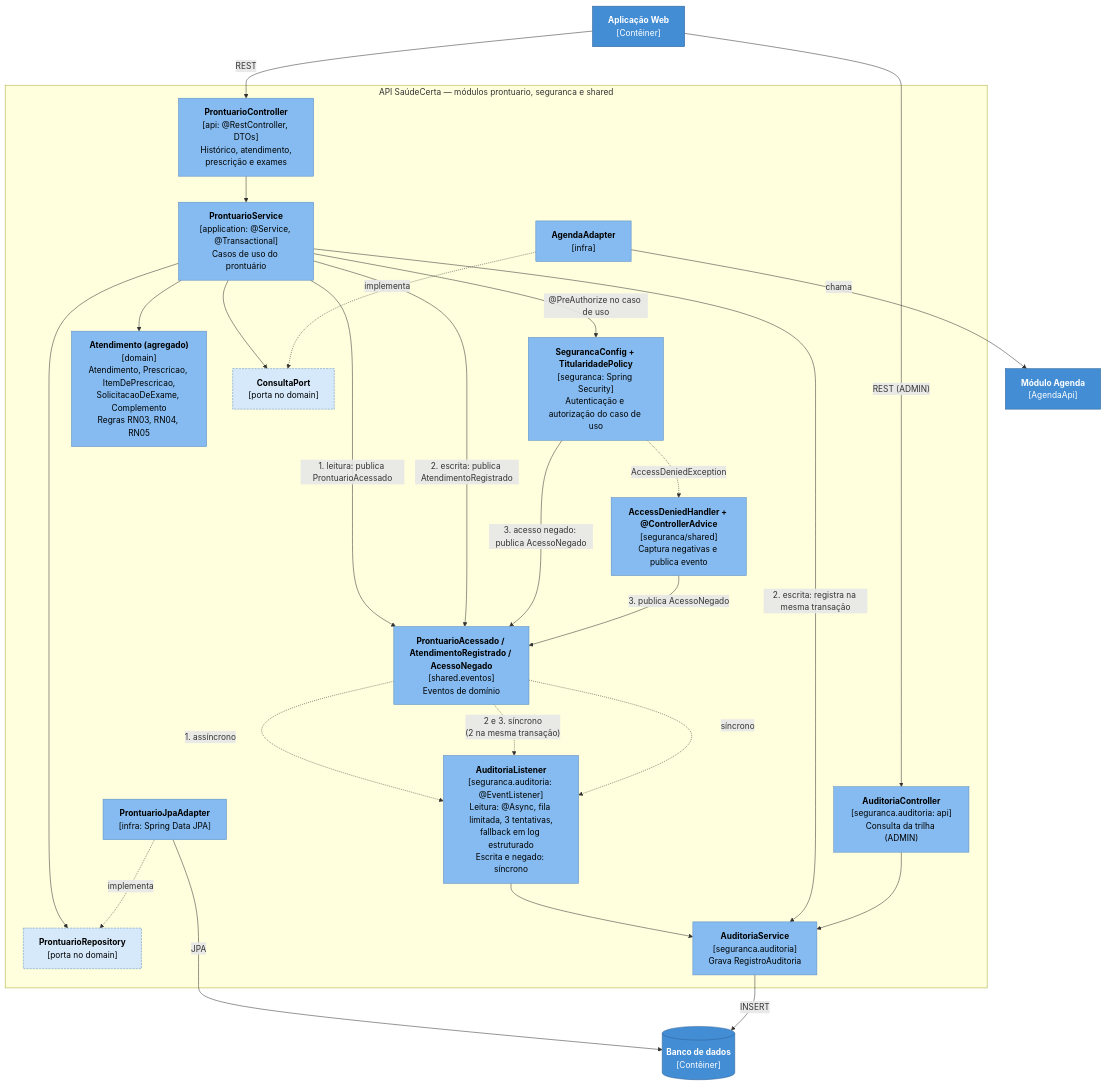
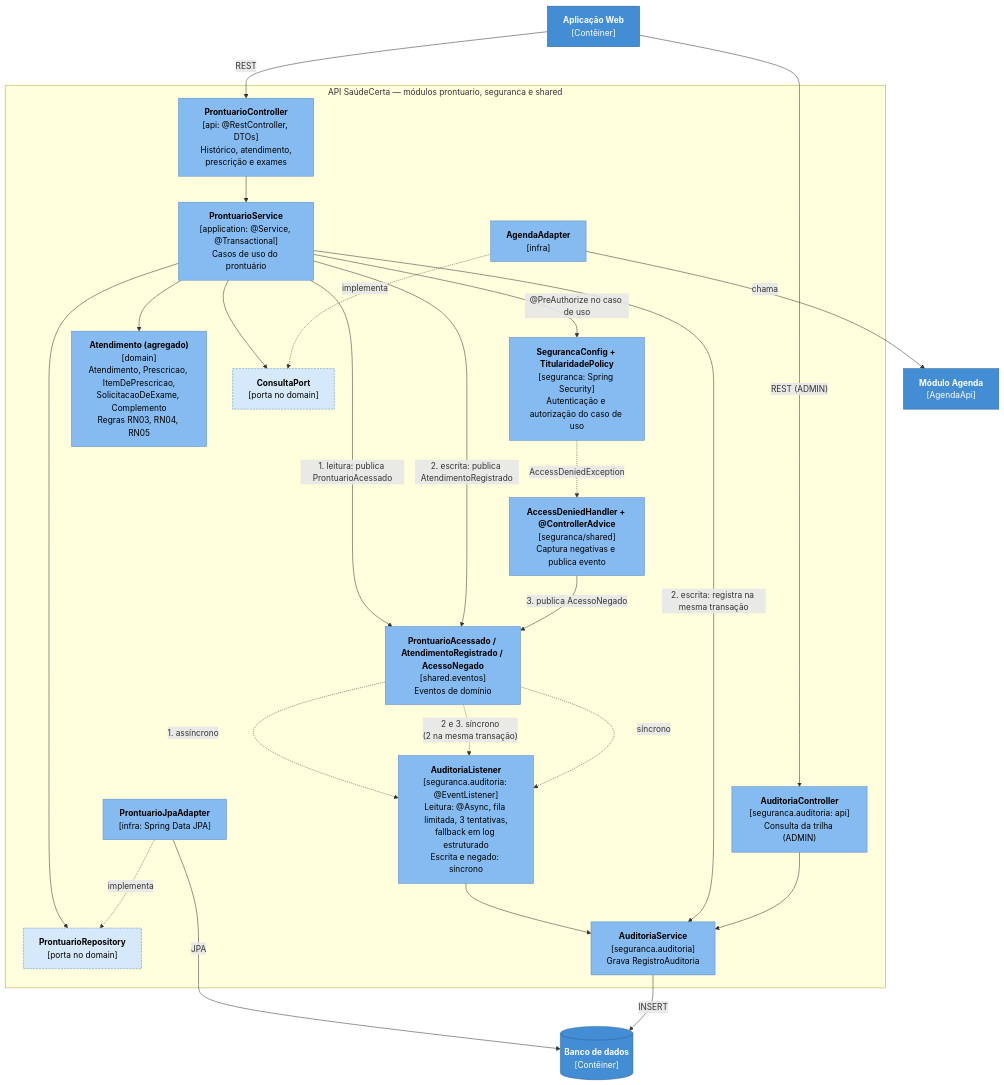
One commit to Dex057/equipe-02-saudecerta changed the fourth of 6 diagrams in docs/arquitetura.md. Above: the diagram before and after it, drawn with Mermaid. The commit also changed other lines of this file and 2 other files, not shown here.

Commit message:
E2: remove setas duplicadas, restaura tradeoff do JWT e atualiza status das ADRs

````diff
--- a/docs/arquitetura.md
+++ b/docs/arquitetura.md
@@ -164,55 +164,55 @@
 ```mermaid
 flowchart TB
     spa["<b>Aplicação Web</b><br/>[Contêiner]"]
 
     subgraph api["API SaúdeCerta — módulos prontuario, seguranca e shared"]
         pc["<b>ProntuarioController</b><br/>[api: @RestController, DTOs]<br/>Histórico, atendimento,<br/>prescrição e exames"]
         sec["<b>SegurancaConfig + TitularidadePolicy</b><br/>[seguranca: Spring Security]<br/>Autenticação e autorização do caso de uso"]
         dh["<b>AccessDeniedHandler + @ControllerAdvice</b><br/>[seguranca/shared]<br/>Captura negativas e publica evento"]
         ps["<b>ProntuarioService</b><br/>[application: @Service, @Transactional]<br/>Casos de uso do prontuário"]
         dom["<b>Atendimento (agregado)</b><br/>[domain]<br/>Atendimento, Prescricao, ItemDePrescricao,<br/>SolicitacaoDeExame, Complemento<br/>Regras RN03, RN04, RN05"]
         pr["<b>ProntuarioRepository</b><br/>[porta no domain]"]
         cp["<b>ConsultaPort</b><br/>[porta no domain]"]
         pja["<b>ProntuarioJpaAdapter</b><br/>[infra: Spring Data JPA]"]
         aa["<b>AgendaAdapter</b><br/>[infra]"]
         ev["<b>ProntuarioAcessado / AtendimentoRegistrado / AcessoNegado</b><br/>[shared.eventos]<br/>Eventos de domínio"]
         al["<b>AuditoriaListener</b><br/>[seguranca.auditoria: @EventListener]<br/>Leitura: @Async, fila limitada, 3 tentativas,<br/>fallback em log estruturado<br/>Escrita e negado: síncrono"]
         asv["<b>AuditoriaService</b><br/>[seguranca.auditoria]<br/>Grava RegistroAuditoria"]
         ac["<b>AuditoriaController</b><br/>[seguranca.auditoria: api]<br/>Consulta da trilha (ADMIN)"]
     end
 
     agenda["<b>Módulo Agenda</b><br/>[AgendaApi]"]
     db[("<b>Banco de dados</b><br/>[Contêiner]")]
 
     spa -->|"REST"| pc
     spa -->|"REST (ADMIN)"| ac
     pc --> ps
     ps -->|"@PreAuthorize no caso de uso"| sec
     ps --> dom
     ps --> pr
     ps --> cp
     pja -.->|"implementa"| pr
     aa -.->|"implementa"| cp
     pja -->|"JPA"| db
     aa -->|"chama"| agenda
 
     ps -->|"1. leitura: publica ProntuarioAcessado"| ev
     ps -->|"2. escrita: publica AtendimentoRegistrado"| ev
-    sec -->|"3. acesso negado: publica AcessoNegado"| ev
+    
     ev -.->|"1. assíncrono"| al
     ev -.->|"2 e 3. síncrono<br/>(2 na mesma transação)"| al
     al --> asv
     ps -->|"2. escrita: registra na mesma transação"| asv
     sec -.->|"AccessDeniedException"| dh
     dh -->|"3. publica AcessoNegado"| ev
     ev -.->|"síncrono"| al
     asv -->|"INSERT"| db
     ac --> asv
 
     classDef container fill:#438dd5,stroke:#2e6295,color:#fff
     classDef comp fill:#85bbf0,stroke:#5d8cc0,color:#000
     classDef port fill:#d6e9fa,stroke:#5d8cc0,color:#000,stroke-dasharray:4 2
     class spa,db,agenda container
     class pc,sec,dh,ps,dom,pja,aa,ev,al,asv,ac comp
     class pr,cp port
 ```
````
